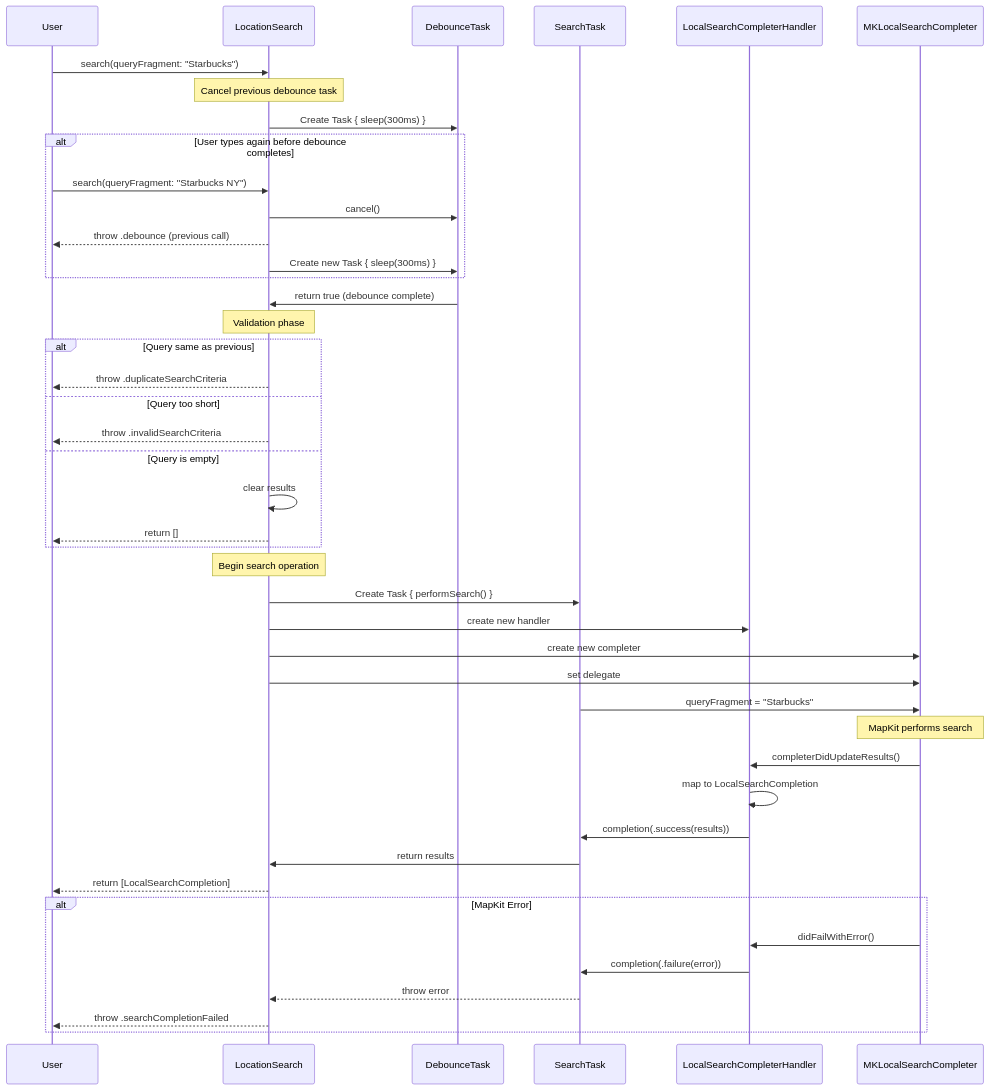
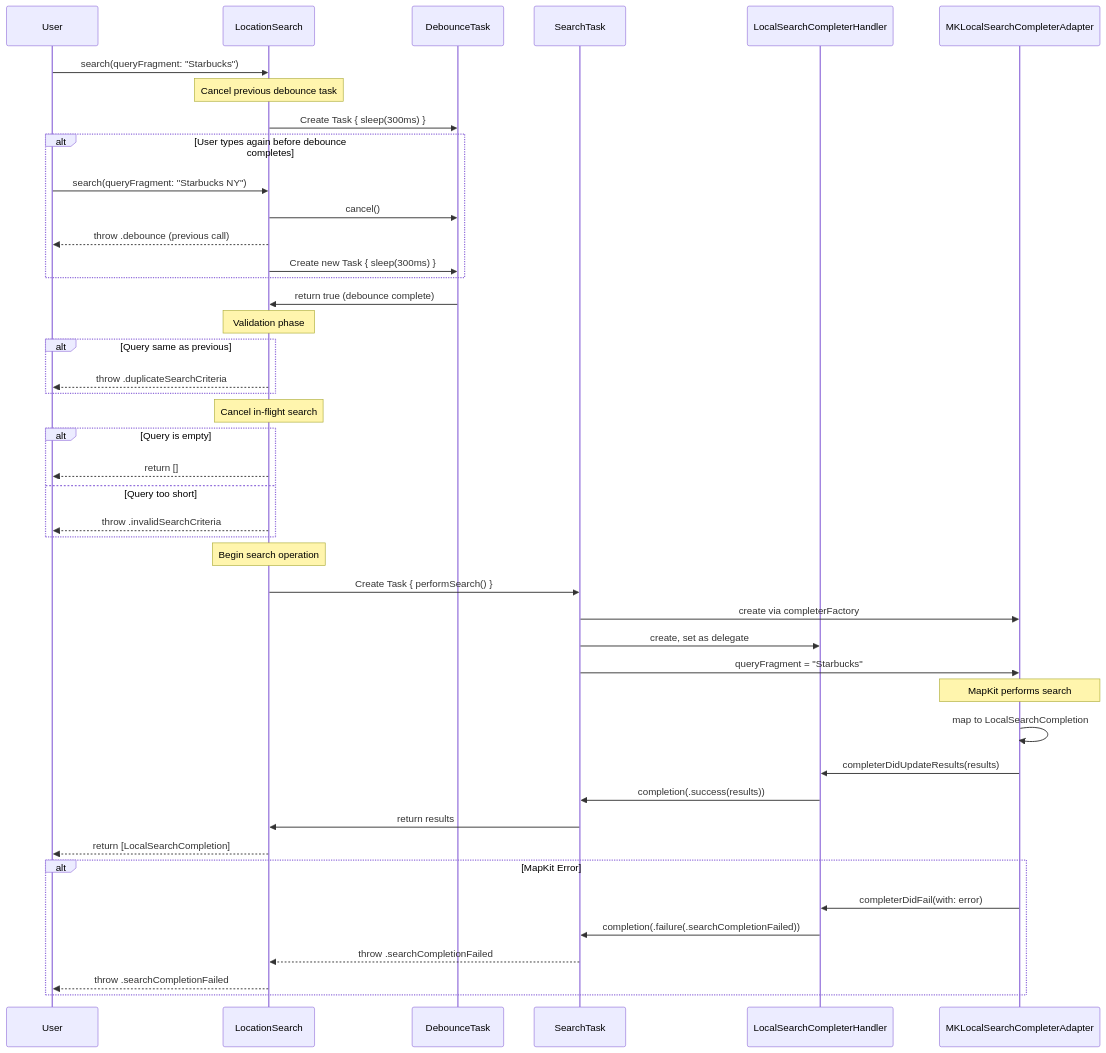
The first of 5 diagrams in docs/Diagrams/SearchFlowSequence.md (kraigspear/MapKitSwiftSearch), drawn with Mermaid before and after one commit. The commit also changed other lines of this file and 13 other files, not shown here.

````diff
--- a/docs/Diagrams/SearchFlowSequence.md
+++ b/docs/Diagrams/SearchFlowSequence.md
@@ -11,55 +11,55 @@
 ```mermaid
 sequenceDiagram
     participant User
     participant LocationSearch
     participant DebounceTask
     participant SearchTask
     participant LocalSearchCompleterHandler
-    participant MKLocalSearchCompleter
+    participant MKLocalSearchCompleterAdapter
     
     User->>LocationSearch: search(queryFragment: "Starbucks")
     
     Note over LocationSearch: Cancel previous debounce task
     LocationSearch->>DebounceTask: Create Task { sleep(300ms) }
     
     alt User types again before debounce completes
         User->>LocationSearch: search(queryFragment: "Starbucks NY")
         LocationSearch->>DebounceTask: cancel()
         LocationSearch-->>User: throw .debounce (previous call)
         LocationSearch->>DebounceTask: Create new Task { sleep(300ms) }
     end
     
     DebounceTask->>LocationSearch: return true (debounce complete)
     
     Note over LocationSearch: Validation phase
     alt Query same as previous
         LocationSearch-->>User: throw .duplicateSearchCriteria
+    end
+    Note over LocationSearch: Cancel in-flight search
+    alt Query is empty
+        LocationSearch-->>User: return []
     else Query too short
         LocationSearch-->>User: throw .invalidSearchCriteria
-    else Query is empty
-        LocationSearch->>LocationSearch: clear results
-        LocationSearch-->>User: return []
     end
     
     Note over LocationSearch: Begin search operation
     LocationSearch->>SearchTask: Create Task { performSearch() }
-    LocationSearch->>LocalSearchCompleterHandler: create new handler
-    LocationSearch->>MKLocalSearchCompleter: create new completer
-    LocationSearch->>MKLocalSearchCompleter: set delegate
+    SearchTask->>MKLocalSearchCompleterAdapter: create via completerFactory
+    SearchTask->>LocalSearchCompleterHandler: create, set as delegate
     
-    SearchTask->>MKLocalSearchCompleter: queryFragment = "Starbucks"
+    SearchTask->>MKLocalSearchCompleterAdapter: queryFragment = "Starbucks"
     
-    Note over MKLocalSearchCompleter: MapKit performs search
-    MKLocalSearchCompleter->>LocalSearchCompleterHandler: completerDidUpdateResults()
-    LocalSearchCompleterHandler->>LocalSearchCompleterHandler: map to LocalSearchCompletion
+    Note over MKLocalSearchCompleterAdapter: MapKit performs search
+    MKLocalSearchCompleterAdapter->>MKLocalSearchCompleterAdapter: map to LocalSearchCompletion
+    MKLocalSearchCompleterAdapter->>LocalSearchCompleterHandler: completerDidUpdateResults(results)
     LocalSearchCompleterHandler->>SearchTask: completion(.success(results))
     SearchTask->>LocationSearch: return results
     LocationSearch-->>User: return [LocalSearchCompletion]
     
     alt MapKit Error
-        MKLocalSearchCompleter->>LocalSearchCompleterHandler: didFailWithError()
-        LocalSearchCompleterHandler->>SearchTask: completion(.failure(error))
-        SearchTask-->>LocationSearch: throw error
+        MKLocalSearchCompleterAdapter->>LocalSearchCompleterHandler: completerDidFail(with: error)
+        LocalSearchCompleterHandler->>SearchTask: completion(.failure(.searchCompletionFailed))
+        SearchTask-->>LocationSearch: throw .searchCompletionFailed
         LocationSearch-->>User: throw .searchCompletionFailed
     end
 ```
````
